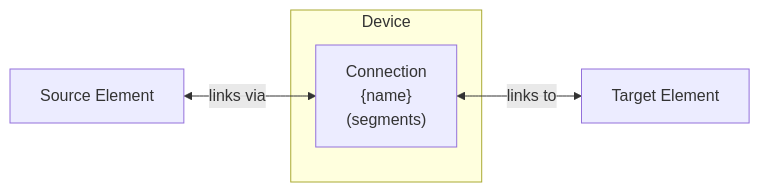
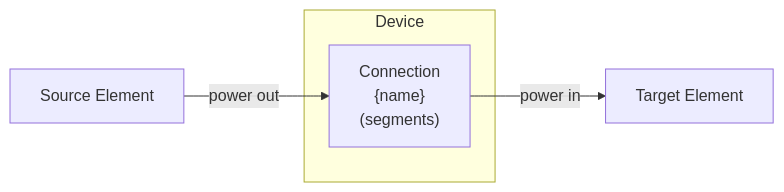
The diagram in docs/modeling/device-layer/connection.md (hass-energy/haeo), drawn with Mermaid before and after one commit. The commit also changed other lines of this file and 18 other files, not shown here.

````diff
--- a/docs/modeling/device-layer/connection.md
+++ b/docs/modeling/device-layer/connection.md
@@ -8,12 +10,12 @@
 ```mermaid
 graph LR
     subgraph "Device"
         MC["Connection<br/>{name}<br/>(segments)"]
     end
 
     Source[Source Element]
     Target[Target Element]
 
-    Source <-->|links via| MC
-    MC <-->|links to| Target
+    Source -->|power out| MC
+    MC -->|power in| Target
 ```
````
